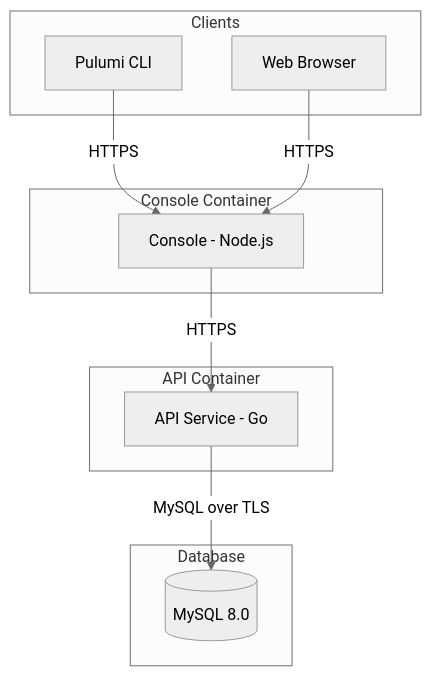
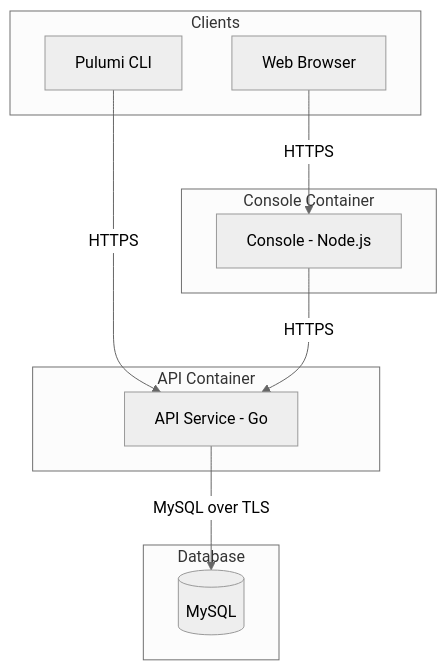
The diagram in content/docs/administration/self-hosting/operations/security-hardening.md (pulumi/docs), drawn with Mermaid (neutral theme) before and after one commit. The commit also changed other lines of this file, not shown here.

First line of the commit message:
docs: fix TLS diagram and trim duplicated database content

````diff
--- a/content/docs/administration/self-hosting/operations/security-hardening.md
+++ b/content/docs/administration/self-hosting/operations/security-hardening.md
@@ -38,24 +38,24 @@
 ```mermaid
 graph TB
     subgraph Clients
         CLI[Pulumi CLI]
         Browser[Web Browser]
     end
 
     subgraph Console Container
         Console[Console - Node.js]
     end
 
     subgraph API Container
         API[API Service - Go]
     end
 
     subgraph Database
-        MySQL[(MySQL 8.0)]
+        MySQL[(MySQL)]
     end
 
-    CLI -->|"HTTPS"| Console
     Browser -->|"HTTPS"| Console
+    CLI -->|"HTTPS"| API
     Console -->|"HTTPS"| API
     API -->|"MySQL over TLS"| MySQL
 ```
````
